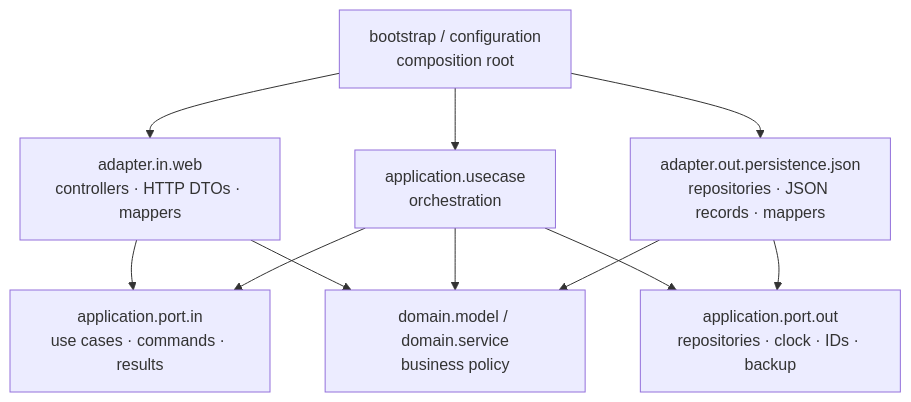
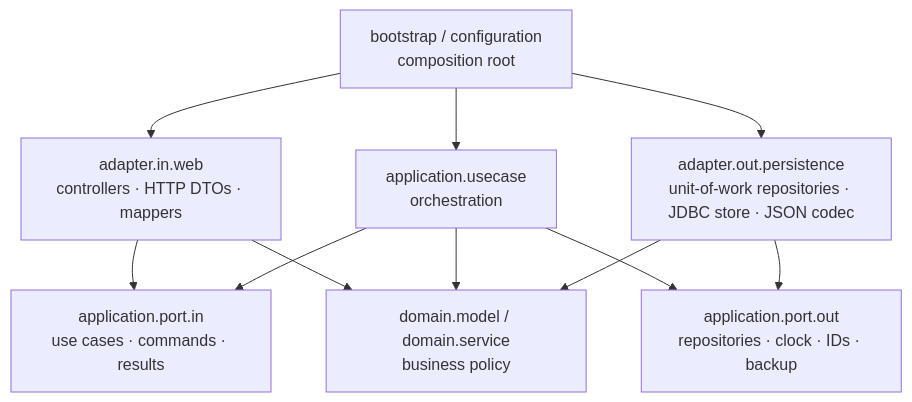
Before and after one commit to KubaUrbanek/savingsapp: the first of 2 diagrams in backend/ARCHITECTURE.md, drawn with Mermaid. The commit also changed other lines of this file and 25 other files, not shown here.

````diff
--- a/backend/ARCHITECTURE.md
+++ b/backend/ARCHITECTURE.md
@@ -17,13 +17,13 @@
 ```mermaid
 flowchart TB
   Config["bootstrap / configuration<br/>composition root"] --> Web["adapter.in.web<br/>controllers · HTTP DTOs · mappers"]
   Config --> UC["application.usecase<br/>orchestration"]
-  Config --> JSON["adapter.out.persistence.json<br/>repositories · JSON records · mappers"]
+  Config --> JSON["adapter.out.persistence<br/>unit-of-work repositories · JDBC store · JSON codec"]
   Web --> In["application.port.in<br/>use cases · commands · results"]
   Web --> Domain["domain.model / domain.service<br/>business policy"]
   UC --> In
   UC --> Out["application.port.out<br/>repositories · clock · IDs · backup"]
   UC --> Domain
   JSON --> Out
   JSON --> Domain
 ```
````
